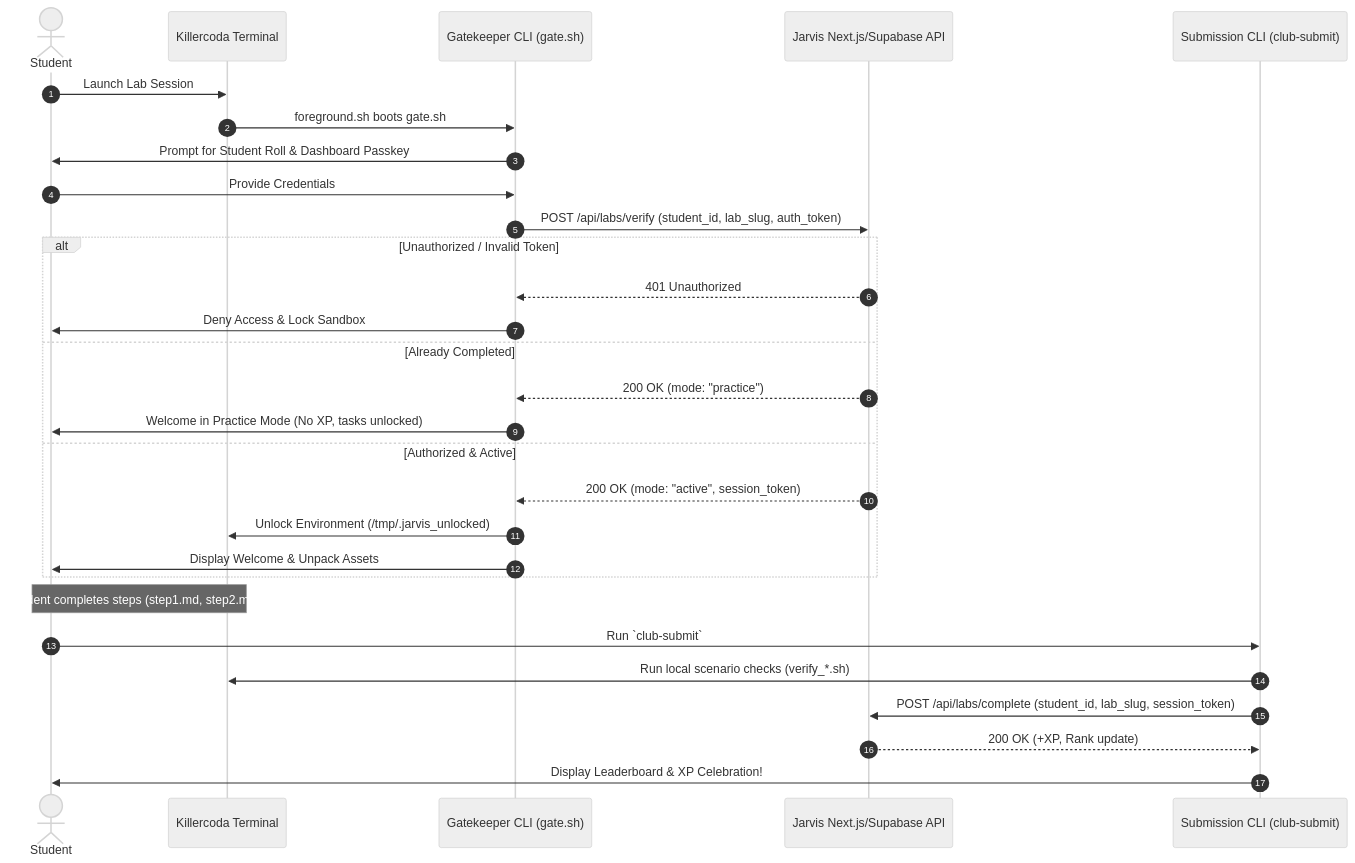
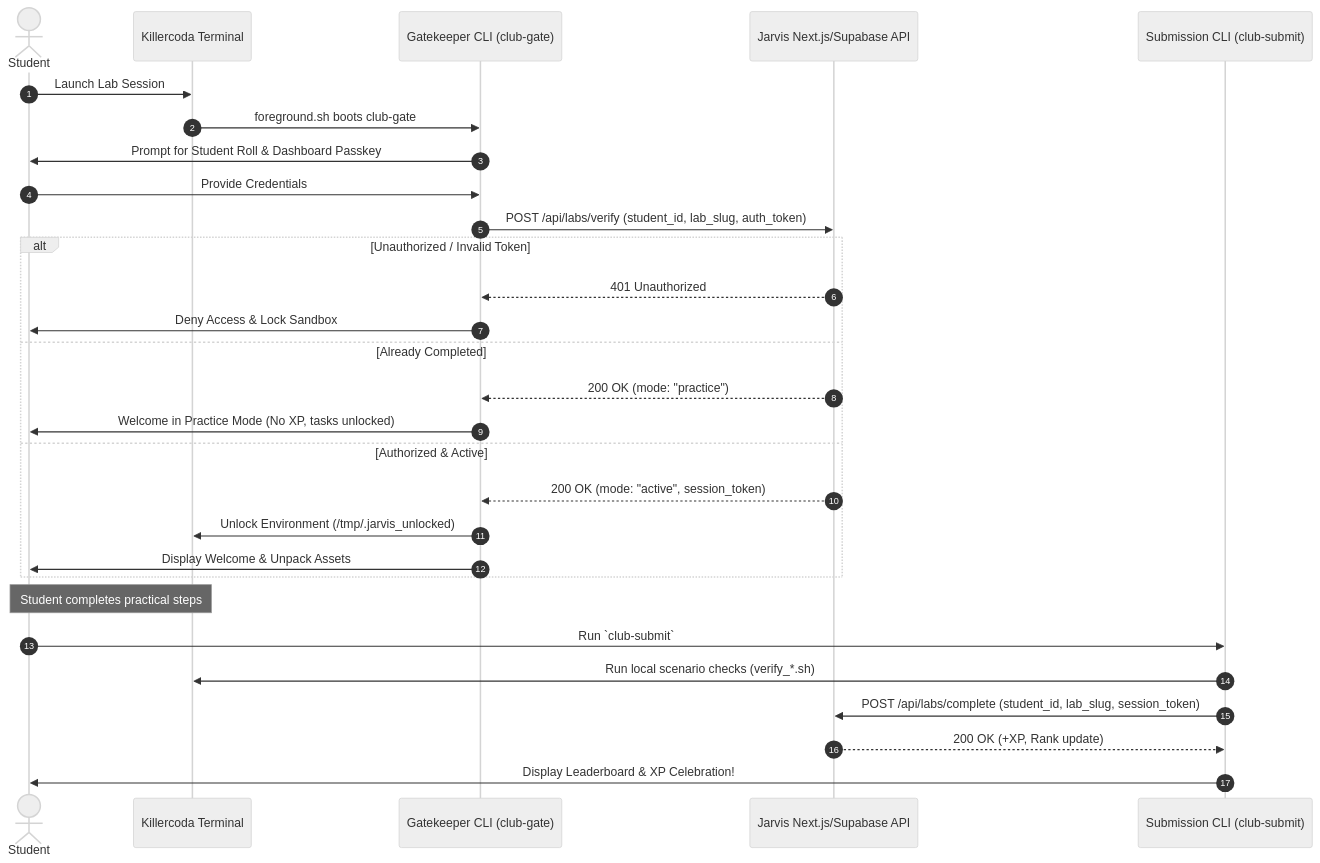
Before and after one commit to Jarvis-society-iitm/killercoda-setup: the diagram in README.md, drawn with Mermaid (neutral theme). The commit also changed other lines of this file and 29 other files, not shown here.

````diff
--- a/README.md
+++ b/README.md
@@ -11,35 +11,35 @@
 ```mermaid
 sequenceDiagram
     autonumber
     actor Student
     participant Killercoda as Killercoda Terminal
-    participant Gate as Gatekeeper CLI (gate.sh)
+    participant Gate as Gatekeeper CLI (club-gate)
     participant Backend as Jarvis Next.js/Supabase API
     participant Submit as Submission CLI (club-submit)
 
     Student->>Killercoda: Launch Lab Session
-    Killercoda->>Gate: foreground.sh boots gate.sh
+    Killercoda->>Gate: foreground.sh boots club-gate
     Gate->>Student: Prompt for Student Roll & Dashboard Passkey
     Student->>Gate: Provide Credentials
     Gate->>Backend: POST /api/labs/verify (student_id, lab_slug, auth_token)
     
     alt Unauthorized / Invalid Token
         Backend-->>Gate: 401 Unauthorized
         Gate->>Student: Deny Access & Lock Sandbox
     else Already Completed
         Backend-->>Gate: 200 OK (mode: "practice")
         Gate->>Student: Welcome in Practice Mode (No XP, tasks unlocked)
     else Authorized & Active
         Backend-->>Gate: 200 OK (mode: "active", session_token)
         Gate->>Killercoda: Unlock Environment (/tmp/.jarvis_unlocked)
         Gate->>Student: Display Welcome & Unpack Assets
     end
 
-    Note over Student,Killercoda: Student completes steps (step1.md, step2.md...)
+    Note over Student,Killercoda: Student completes practical steps
 
     Student->>Submit: Run `club-submit`
     Submit->>Killercoda: Run local scenario checks (verify_*.sh)
     Submit->>Backend: POST /api/labs/complete (student_id, lab_slug, session_token)
     Backend-->>Submit: 200 OK (+XP, Rank update)
     Submit->>Student: Display Leaderboard & XP Celebration!
 ```
````
